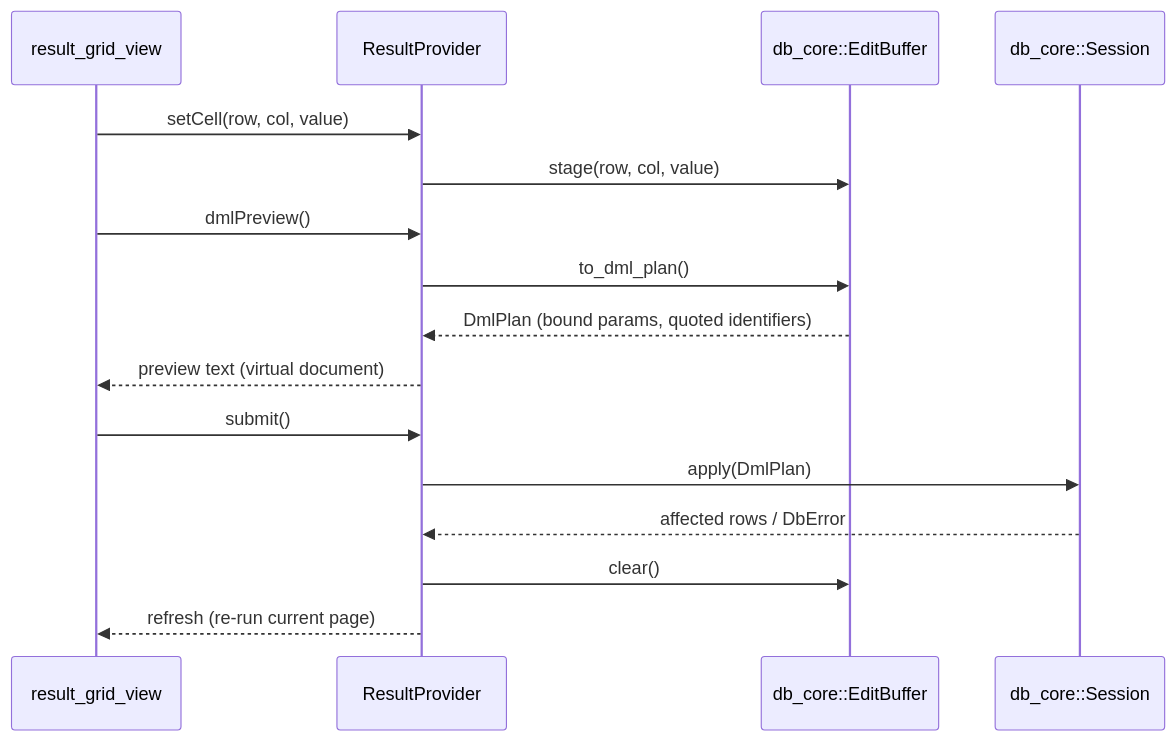
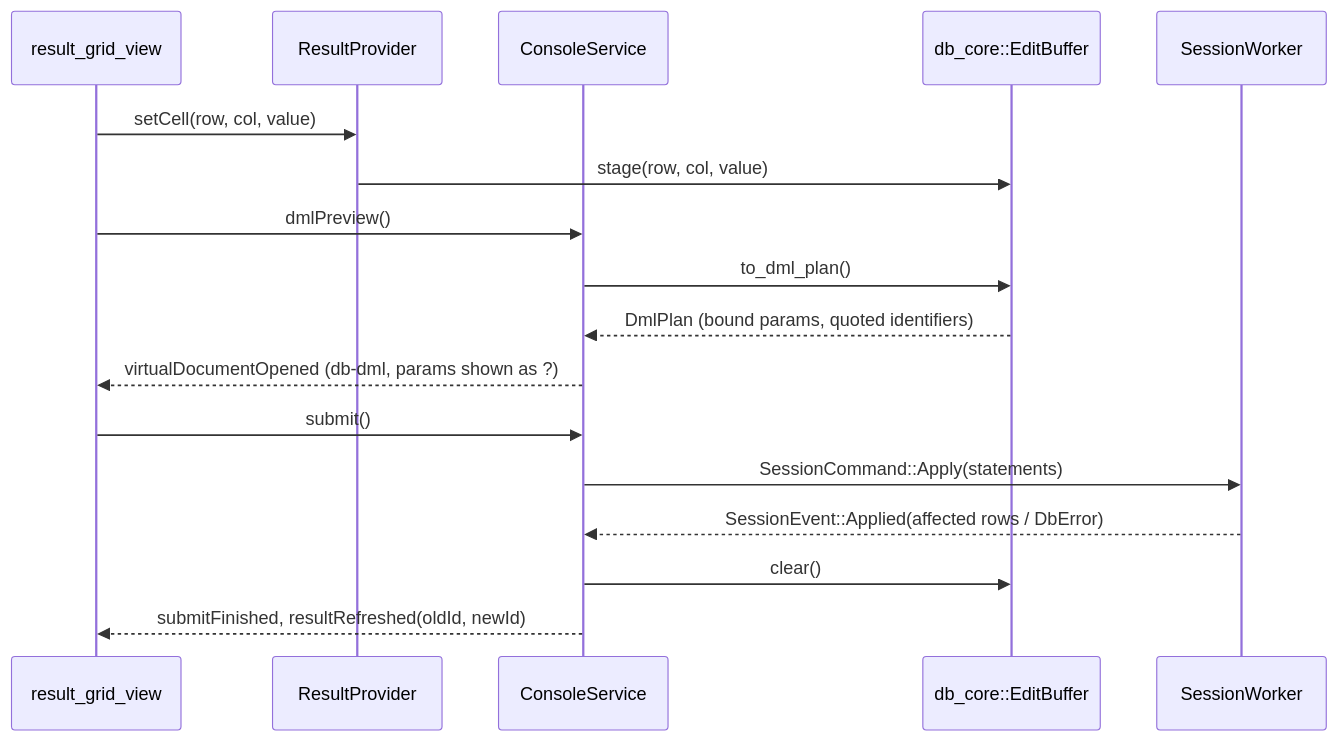
The fifth of 6 diagrams in docs/architecture/database-tools.md (floriankraemer/kestrel-ide), drawn with Mermaid before and after one commit. The commit also changed other lines of this file and 1 other file, not shown here.

Commit message:
docs(architecture): F4.1/F4.2/F4.5 land — database-tools.md truthful, plan rows done
§4's data-editor submit sequence updated to match what actually shipped
(dmlPreview/submit live on ConsoleService, not ResultProvider — both need
the console's own worker/session, which ResultProvider does not hold);
§11 gains the F4 implementation note (editability decision, EditBuffer's
new add/delete/clone/row-flags surface, the security-expert pass and its
two fixed findings plus one residual gap, what's deferred to F4.3/F4.4)
and the F3e follow-up row for the read-only guard bug is now done, not
open. Plan's F4 task table: F4.1/F4.2/F4.5 done with commit hashes, two
new follow-up rows for the security-expert findings.

````diff
--- a/docs/architecture/database-tools.md
+++ b/docs/architecture/database-tools.md
@@ -225,19 +232,20 @@
 ```mermaid
 sequenceDiagram
     participant UI as result_grid_view
     participant RP as ResultProvider
+    participant CS as ConsoleService
     participant Buf as db_core::EditBuffer
-    participant Session as db_core::Session
+    participant Worker as SessionWorker
 
     UI->>RP: setCell(row, col, value)
     RP->>Buf: stage(row, col, value)
-    UI->>RP: dmlPreview()
-    RP->>Buf: to_dml_plan()
-    Buf-->>RP: DmlPlan (bound params, quoted identifiers)
-    RP-->>UI: preview text (virtual document)
-    UI->>RP: submit()
-    RP->>Session: apply(DmlPlan)
-    Session-->>RP: affected rows / DbError
-    RP->>Buf: clear()
-    RP-->>UI: refresh (re-run current page)
+    UI->>CS: dmlPreview()
+    CS->>Buf: to_dml_plan()
+    Buf-->>CS: DmlPlan (bound params, quoted identifiers)
+    CS-->>UI: virtualDocumentOpened (db-dml, params shown as ?)
+    UI->>CS: submit()
+    CS->>Worker: SessionCommand::Apply(statements)
+    Worker-->>CS: SessionEvent::Applied(affected rows / DbError)
+    CS->>Buf: clear()
+    CS-->>UI: submitFinished, resultRefreshed(oldId, newId)
 ```
````
